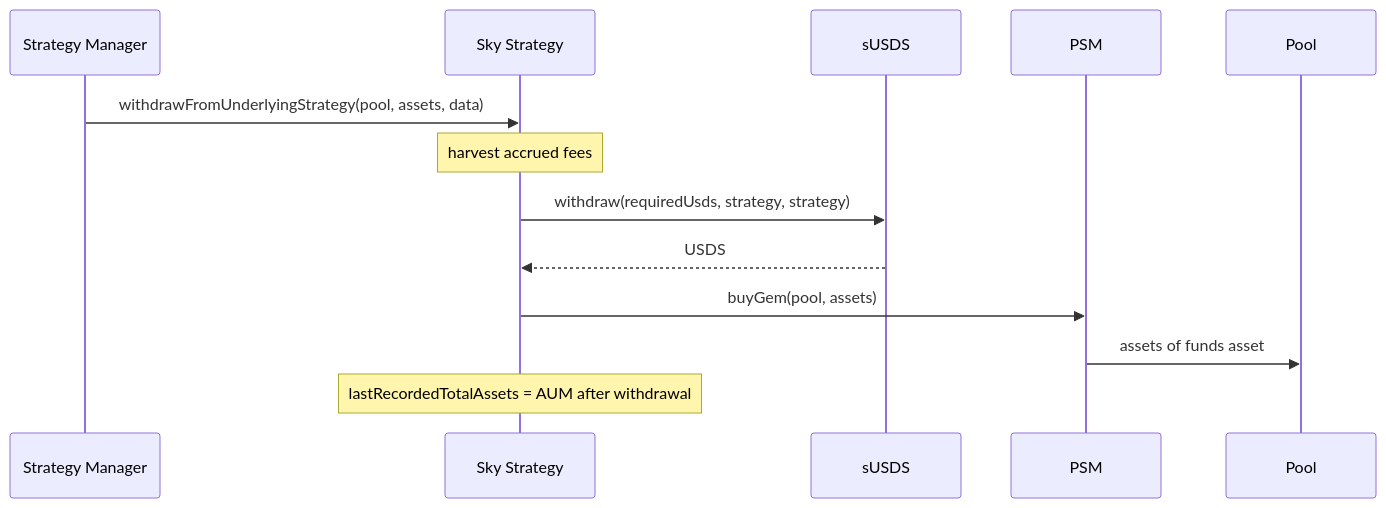
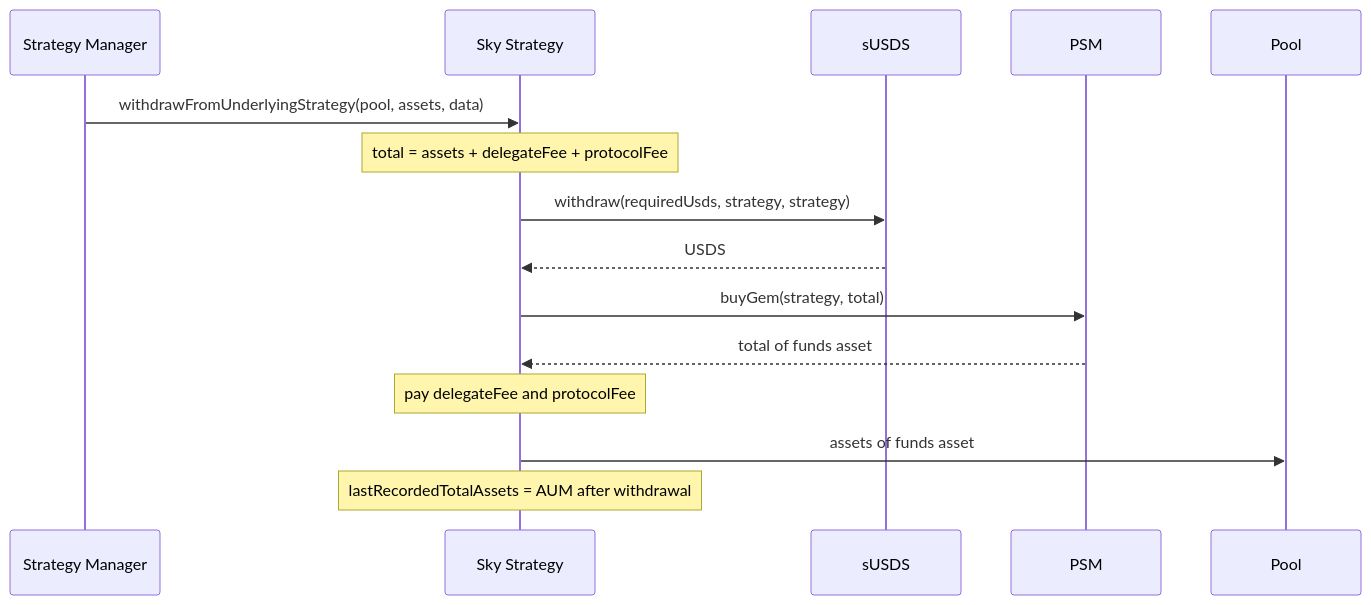
The second of 2 diagrams in technical-resources/strategies/sky-strategy/funding-and-withdrawals.md (maple-labs/maple-docs), drawn with Mermaid before and after one commit. The commit also changed other lines of this file and 1 other file, not shown here.

Commit message:
docs: Align the Sky Strategy pages with defi-strategies v1.0.0 (SC-777)
Main ships defi-strategies v1.0.0. Harvests now make one sUSDS withdraw
and one buyGem to the strategy for fees plus any withdrawal, then pay
the fees and the Pool. Fee-rate setters revert while the PSM buyGem path
is halted, funding reverts and availableToWithdraw returns 0 when the
DaiJoin is caged, and setFallbackTout caps the value at 1e18.

````diff
--- a/technical-resources/strategies/sky-strategy/funding-and-withdrawals.md
+++ b/technical-resources/strategies/sky-strategy/funding-and-withdrawals.md
@@ -36,16 +37,18 @@
 ```mermaid
 sequenceDiagram
     participant SM as Strategy Manager
     participant SS as Sky Strategy
     participant sUSDS
     participant PSM
     participant Pool
 
     SM->>SS: withdrawFromUnderlyingStrategy(pool, assets, data)
-    Note over SS: harvest accrued fees
+    Note over SS: total = assets + delegateFee + protocolFee
     SS->>sUSDS: withdraw(requiredUsds, strategy, strategy)
     sUSDS-->>SS: USDS
-    SS->>PSM: buyGem(pool, assets)
-    PSM->>Pool: assets of funds asset
+    SS->>PSM: buyGem(strategy, total)
+    PSM-->>SS: total of funds asset
+    Note over SS: pay delegateFee and protocolFee
+    SS->>Pool: assets of funds asset
     Note over SS: lastRecordedTotalAssets = AUM after withdrawal
 ```
````
